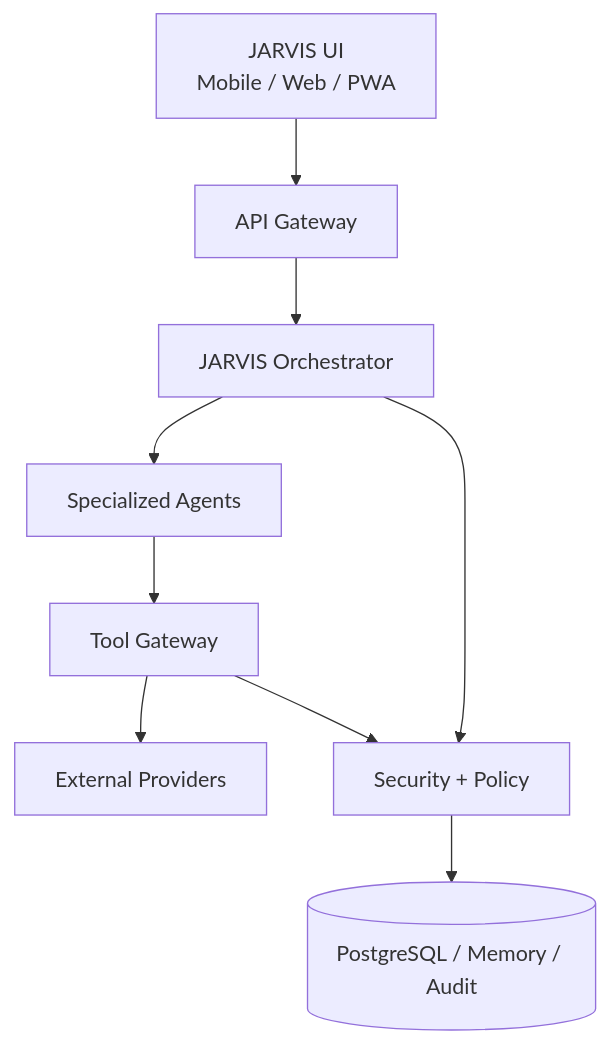
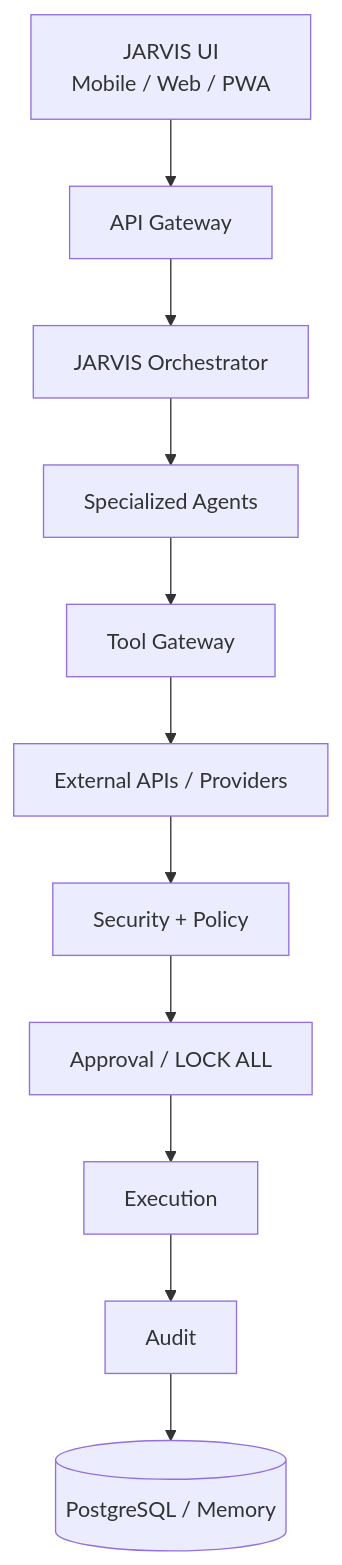
The diagram in ARCHITECTURE.md (ganesh431602/jarvis-mobile), drawn with Mermaid before and after one commit. The commit also changed other lines of this file and 9 other files, not shown here.

Commit message:
docs: add complete JARVIS governance and architecture set

````diff
--- a/ARCHITECTURE.md
+++ b/ARCHITECTURE.md
@@ -9,11 +5,13 @@
 ```mermaid
 flowchart TD
-  UI[JARVIS UI\nMobile / Web / PWA] --> API[API Gateway]
-  API --> ORCH[JARVIS Orchestrator]
-  ORCH --> AGENTS[Specialized Agents]
-  AGENTS --> TOOLS[Tool Gateway]
-  TOOLS --> PROVIDERS[External Providers]
-  ORCH --> POLICY[Security + Policy]
-  POLICY --> DATA[(PostgreSQL / Memory / Audit)]
-  TOOLS --> POLICY
+ UI[JARVIS UI<br/>Mobile / Web / PWA] --> API[API Gateway]
+ API --> O[JARVIS Orchestrator]
+ O --> A[Specialized Agents]
+ A --> T[Tool Gateway]
+ T --> P[External APIs / Providers]
+ P --> S[Security + Policy]
+ S --> AP[Approval / LOCK ALL]
+ AP --> E[Execution]
+ E --> AU[Audit]
+ AU --> DB[(PostgreSQL / Memory)]
 ```
````
